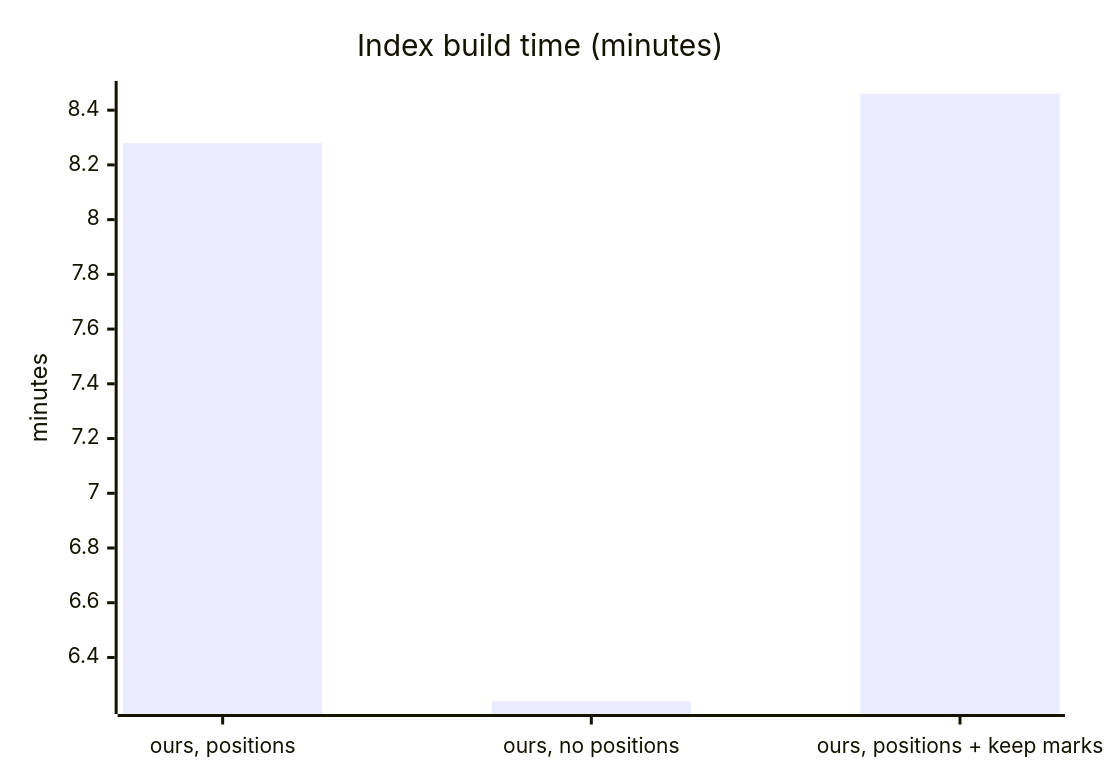
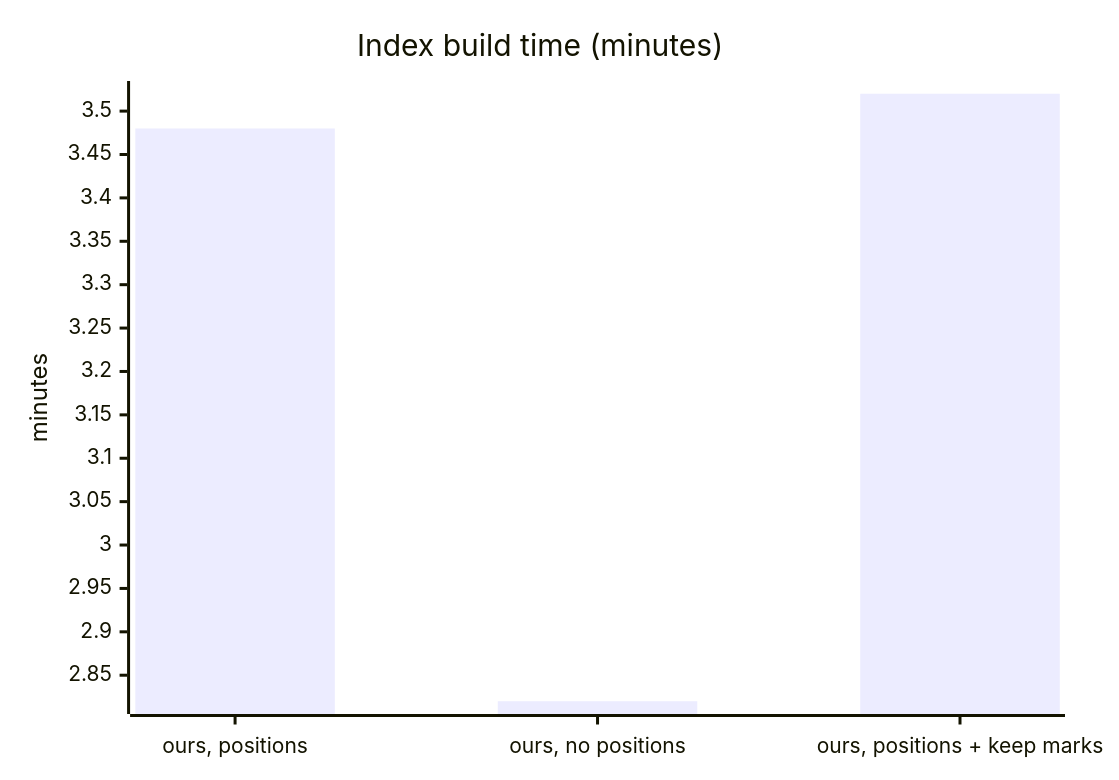
The first of 11 diagrams in FTS-SPECS-AND-COMPARISONS.md (KleiKodesh/SeforimLibrarySearchEngine), drawn with Mermaid before and after one commit. The commit also changed other lines of this file and 10 other files, not shown here.

````diff
--- a/FTS-SPECS-AND-COMPARISONS.md
+++ b/FTS-SPECS-AND-COMPARISONS.md
@@ -58,7 +67,7 @@
 ```mermaid
 xychart-beta
     title "Index build time (minutes)"
     x-axis ["ours, positions", "ours, no positions", "ours, positions + keep marks"]
     y-axis "minutes"
-    bar [8.28, 6.24, 8.46]
+    bar [3.48, 2.82, 3.52]
 ```
````
